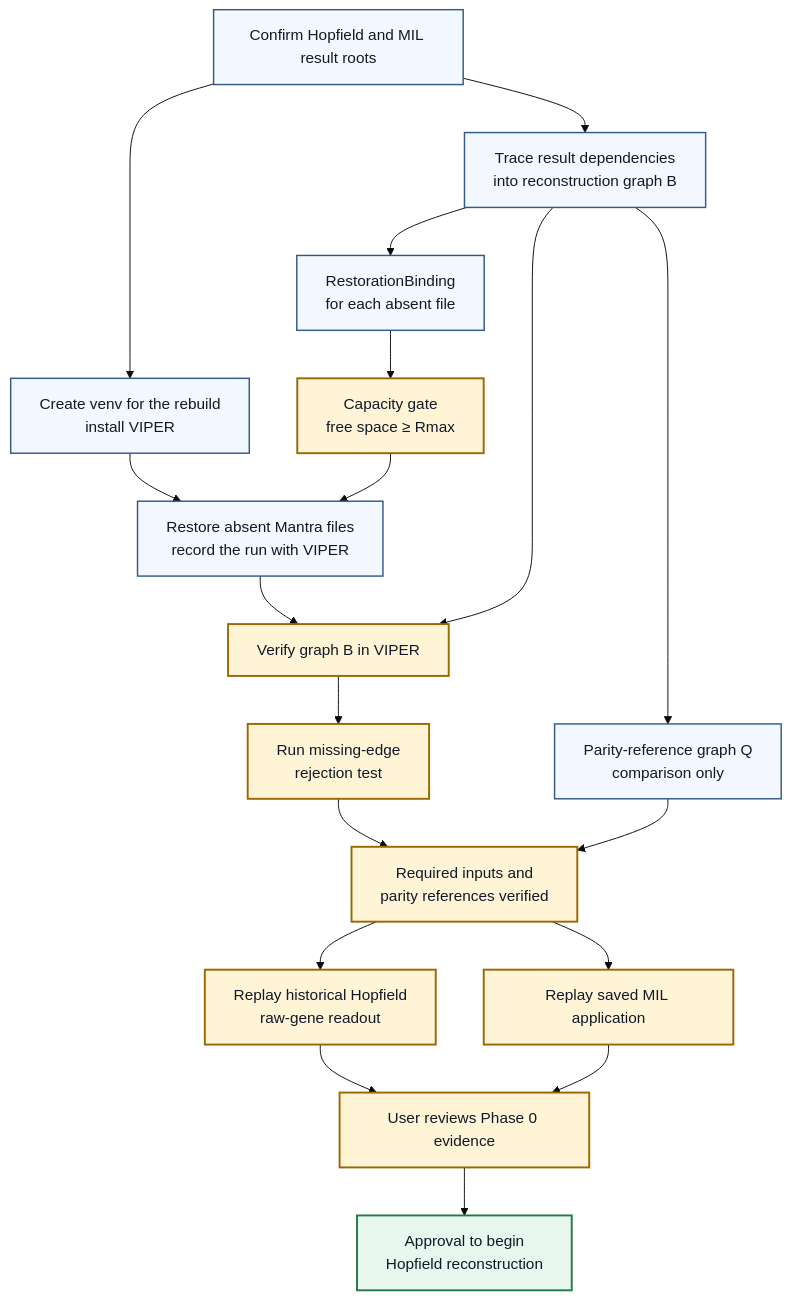
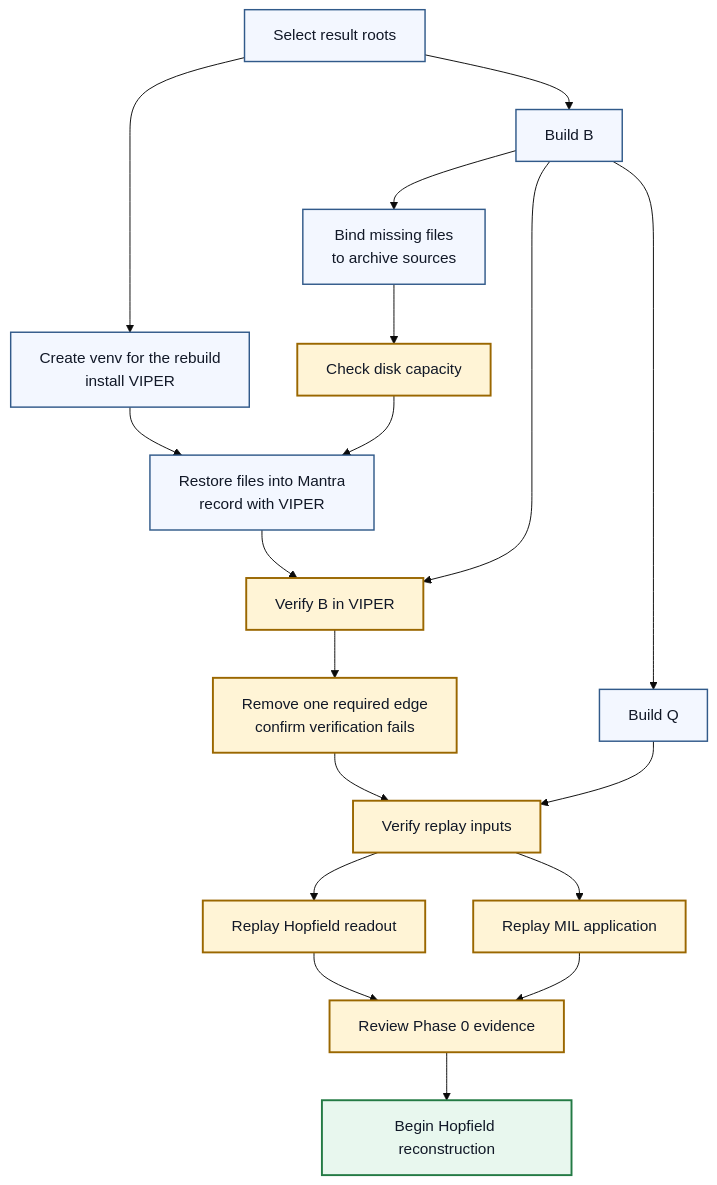
Before and after one commit to pvd232/RICO: the diagram in docs/contracts/mantra-rebuild-phase-0.md, drawn with Mermaid (base theme). The commit also changed other lines of this file, not shown here.

Commit message:
Use concise graph labels

````diff
--- a/docs/contracts/mantra-rebuild-phase-0.md
+++ b/docs/contracts/mantra-rebuild-phase-0.md
@@ -99,42 +101,42 @@
 ```mermaid
 flowchart TB
-    roots["Confirm Hopfield and MIL result roots"]
+    roots["Select result roots"]
     environment["Create venv for the rebuild<br/>install VIPER"]
-    trace["Trace result dependencies<br/>into reconstruction graph B"]
-    binding["RestorationBinding<br/>for each absent file"]
-    parity["Parity-reference graph Q<br/>comparison only"]
-    capacity["Capacity gate<br/>free space ≥ Rmax"]
-    restore["Restore absent Mantra files <br/> record the run with VIPER"]
-    verify["Verify graph B in VIPER"]
-    rejection_test["Run missing-edge<br/>rejection test"]
-    replay_ready["Required inputs and<br/>parity references verified"]
-    hopfield_replay["Replay historical Hopfield<br/>raw-gene readout"]
-    mil_replay["Replay saved MIL application"]
-    evidence_review["User reviews Phase 0 evidence"]
-    hopfield["Approval to begin<br/>Hopfield reconstruction"]
+    trace["Build B"]
+    binding["Bind missing files<br/>to archive sources"]
+    parity["Build Q"]
+    capacity["Check disk capacity"]
+    restore["Restore files into Mantra<br/>record with VIPER"]
+    verify["Verify B in VIPER"]
+    rejection_test["Remove one required edge<br/>confirm verification fails"]
+    replay_ready["Verify replay inputs"]
+    hopfield_replay["Replay Hopfield readout"]
+    mil_replay["Replay MIL application"]
+    evidence_review["Review Phase 0 evidence"]
+    hopfield["Begin Hopfield reconstruction"]
 
     roots --> environment
     roots --> trace
     trace --> binding
     trace --> parity
     binding --> capacity
     environment --> restore
     capacity --> restore
     restore --> verify
     trace --> verify
     verify --> rejection_test
     rejection_test --> replay_ready
     parity --> replay_ready
     replay_ready --> hopfield_replay
     replay_ready --> mil_replay
     hopfield_replay --> evidence_review
     mil_replay --> evidence_review
     evidence_review --> hopfield
 
     classDef workNode fill:#f3f7ff,color:#111827,stroke:#315a8a,stroke-width:1.5px
     classDef gateNode fill:#fff4d6,color:#111827,stroke:#9a6700,stroke-width:2px
     classDef outcomeNode fill:#e8f7ee,color:#111827,stroke:#237a44,stroke-width:2px
     class roots,environment,trace,binding,parity,restore workNode
     class capacity,verify,rejection_test,replay_ready,hopfield_replay,mil_replay,evidence_review gateNode
     class hopfield outcomeNode
 ```
````
